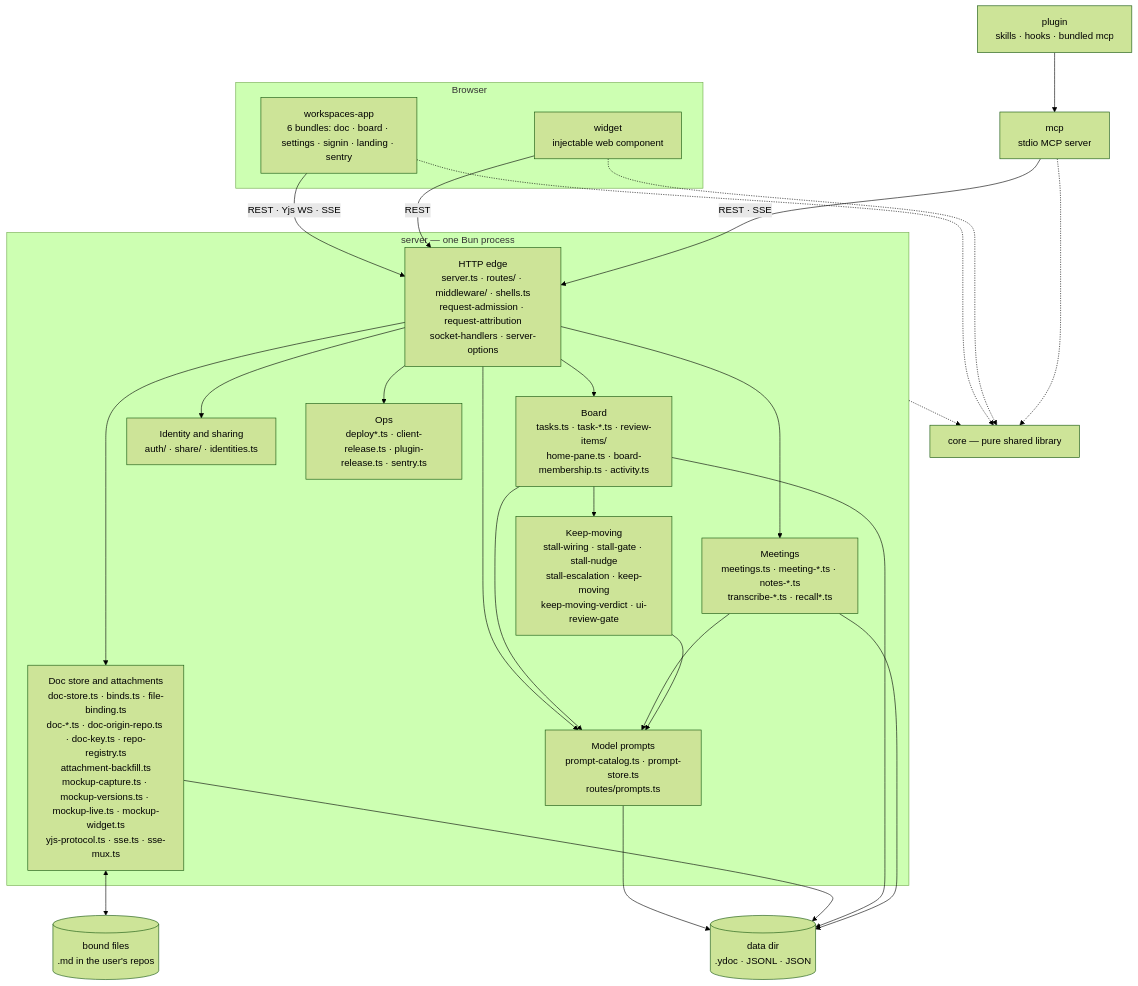
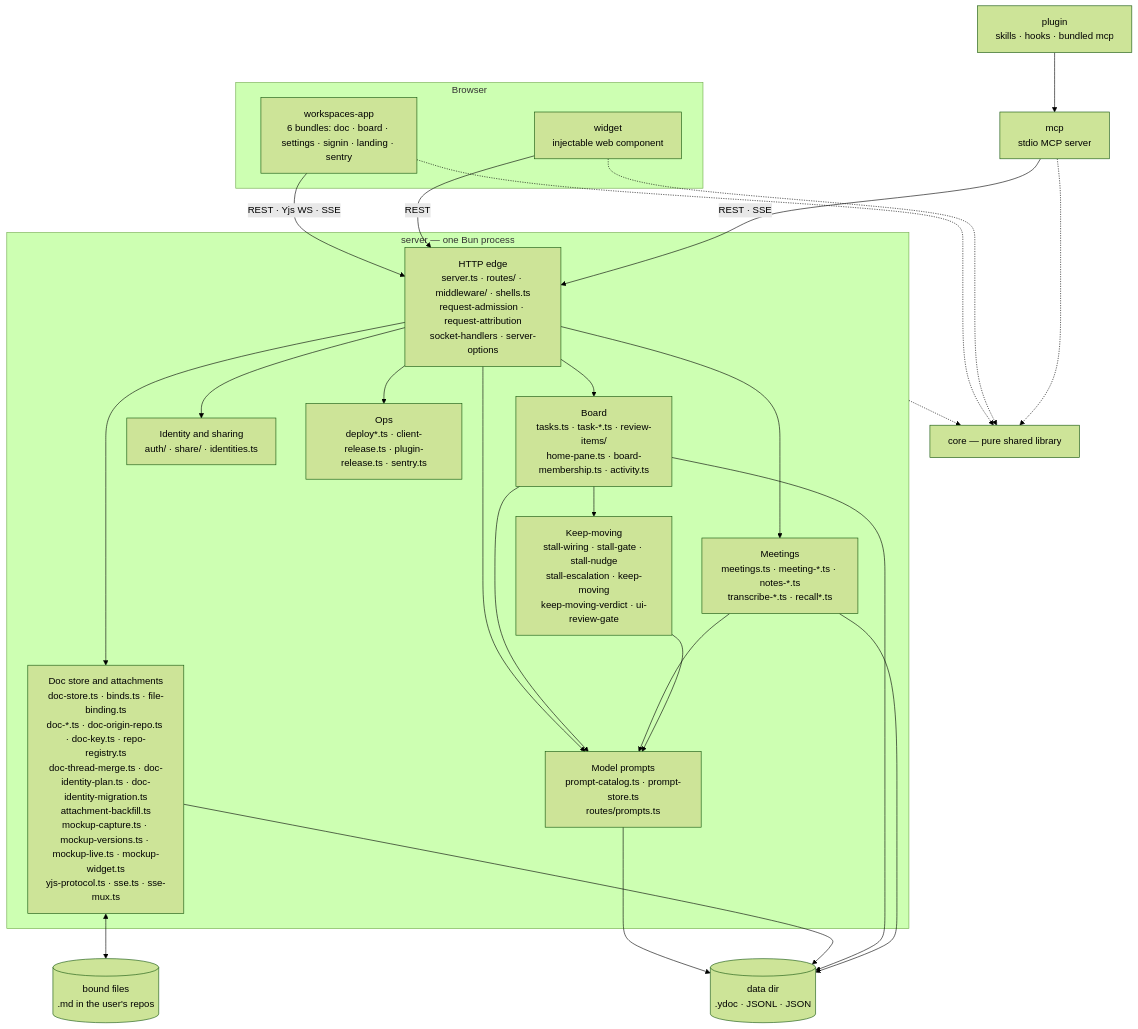
One commit to fryanpan/claude-workspaces-plugin changed the first of 2 diagrams in docs/architecture/overview.md. Above: the diagram before and after it, drawn with Mermaid (forest theme). The commit also changed other lines of this file and 9 other files, not shown here.

First line of the commit message:
The documents that already exist can be put on repo-and-path identity

````diff
--- a/docs/architecture/overview.md
+++ b/docs/architecture/overview.md
@@ -45,35 +45,35 @@
 ```mermaid
 flowchart TB
   subgraph browser[Browser]
     app["workspaces-app<br/>6 bundles: doc · board · settings · signin · landing · sentry"]
     wid["widget<br/>injectable web component"]
   end
   plug["plugin<br/>skills · hooks · bundled mcp"]
   mcp["mcp<br/>stdio MCP server"]
   subgraph srv["server — one Bun process"]
     edge["HTTP edge<br/>server.ts · routes/ · middleware/ · shells.ts<br/>request-admission · request-attribution<br/>socket-handlers · server-options"]
-    docs["Doc store and attachments<br/>doc-store.ts · binds.ts · file-binding.ts<br/>doc-*.ts · doc-origin-repo.ts · doc-key.ts · repo-registry.ts<br/>attachment-backfill.ts<br/>mockup-capture.ts · mockup-versions.ts · mockup-live.ts · mockup-widget.ts<br/>yjs-protocol.ts · sse.ts · sse-mux.ts"]
+    docs["Doc store and attachments<br/>doc-store.ts · binds.ts · file-binding.ts<br/>doc-*.ts · doc-origin-repo.ts · doc-key.ts · repo-registry.ts<br/>doc-thread-merge.ts · doc-identity-plan.ts · doc-identity-migration.ts<br/>attachment-backfill.ts<br/>mockup-capture.ts · mockup-versions.ts · mockup-live.ts · mockup-widget.ts<br/>yjs-protocol.ts · sse.ts · sse-mux.ts"]
     board["Board<br/>tasks.ts · task-*.ts · review-items/<br/>home-pane.ts · board-membership.ts · activity.ts"]
     meet["Meetings<br/>meetings.ts · meeting-*.ts · notes-*.ts<br/>transcribe-*.ts · recall*.ts"]
     keep["Keep-moving<br/>stall-wiring · stall-gate · stall-nudge<br/>stall-escalation · keep-moving<br/>keep-moving-verdict · ui-review-gate"]
     ident["Identity and sharing<br/>auth/ · share/ · identities.ts"]
     prompts["Model prompts<br/>prompt-catalog.ts · prompt-store.ts<br/>routes/prompts.ts"]
     ops["Ops<br/>deploy*.ts · client-release.ts · plugin-release.ts · sentry.ts"]
   end
   core["core — pure shared library"]
   disk[("data dir<br/>.ydoc · JSONL · JSON")]
   files[("bound files<br/>.md in the user's repos")]
 
   app -->|"REST · Yjs WS · SSE"| edge
   wid -->|REST| edge
   plug --> mcp
   mcp -->|"REST · SSE"| edge
   edge --> docs & board & meet & ident & ops & prompts
   board & meet & keep --> prompts
   prompts --> disk
   board --> keep
   docs <--> files
   docs & board & meet --> disk
   app & wid & mcp -.-> core
   srv -.-> core
 ```
````
